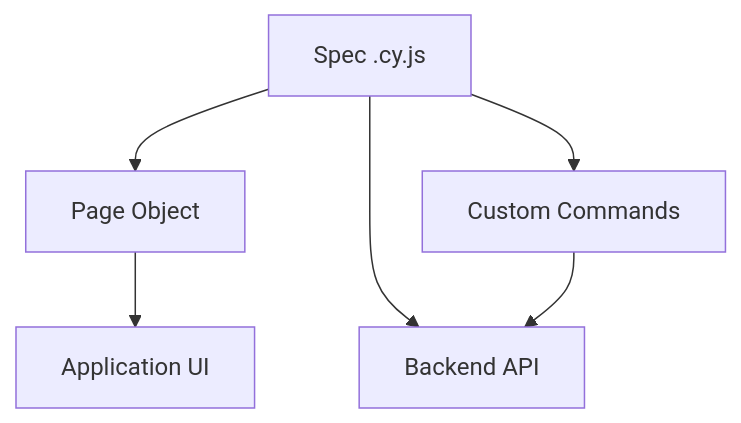
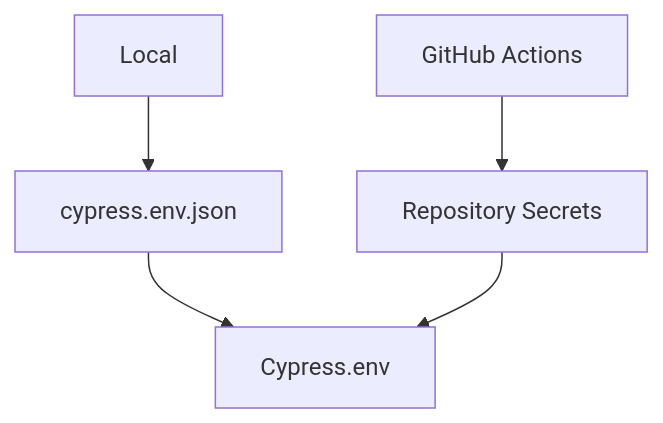
The third of 6 diagrams in README.md (MichaelR21z/shady-meadows-bnb-automation), drawn with Mermaid before and after one commit. The commit also changed other lines of this file, not shown here.

````diff
--- a/README.md
+++ b/README.md
@@ -282,15 +308,8 @@
 ```mermaid
 flowchart TD
-    SPEC[Spec .cy.js]
-    POM[Page Object]
-    CMD[Custom Commands]
-    API[Backend API]
-    UI[Application UI]
+    A[Local] --> B[cypress.env.json]
+    B --> D[Cypress.env]
 
-    SPEC --> POM
-    SPEC --> CMD
-    SPEC --> API
-
-    POM --> UI
-    CMD --> API
+    E[GitHub Actions] --> F[Repository Secrets]
+    F --> D
 ```
````
